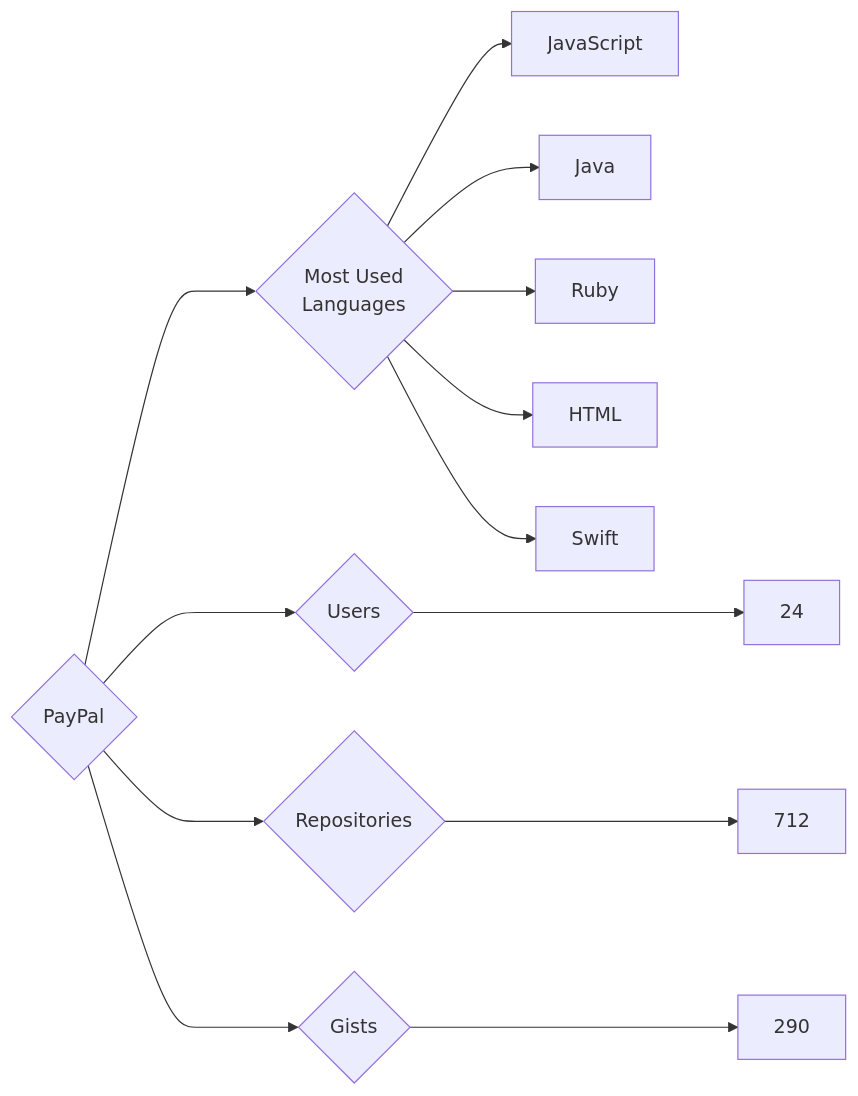
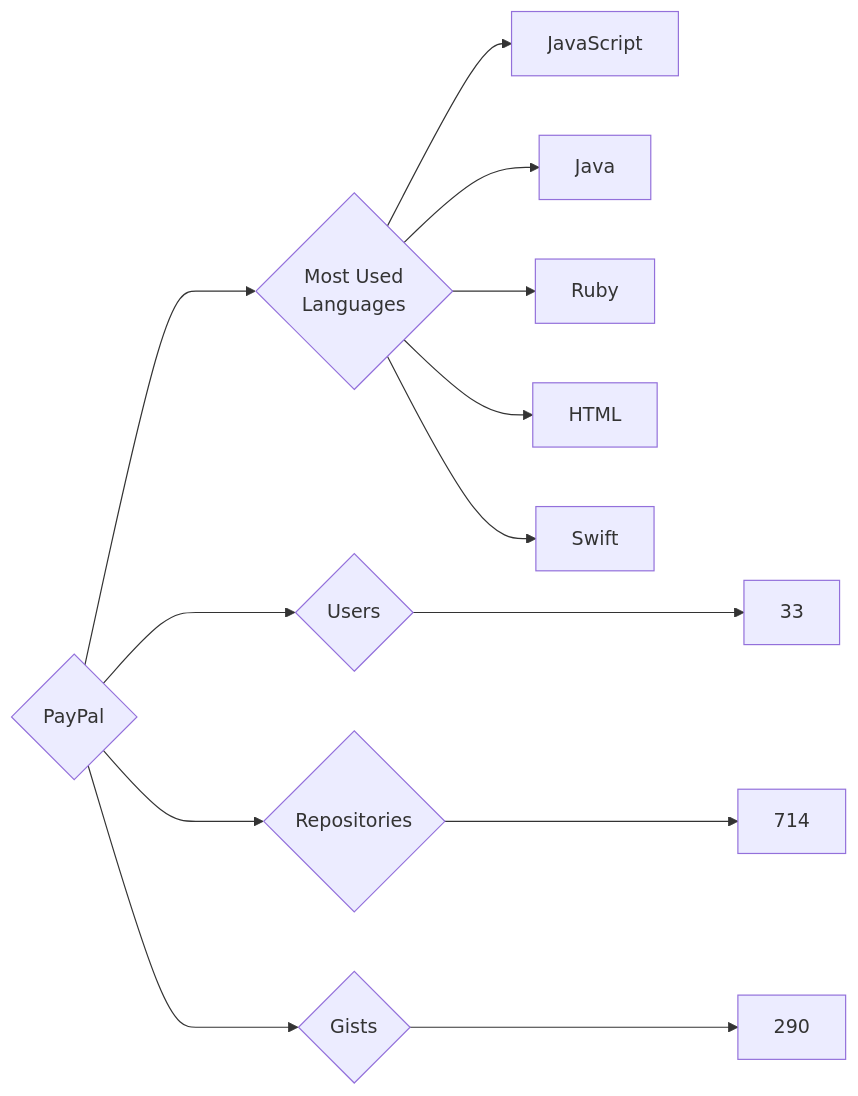
One commit to trickest/insiders changed the diagram in targets/PayPal/README.md. Above: the diagram before and after it, drawn with Mermaid. The commit also changed 770 other files, not shown here.

````diff
--- a/targets/PayPal/README.md
+++ b/targets/PayPal/README.md
@@ -3,13 +3,13 @@
 ```mermaid
 graph LR
 COMPANY_NAME{PayPal}
-COMPANY_NAME ---> U{Users} ---> UN[24]
-COMPANY_NAME ---> R{Repositories} ---> RN[712]
+COMPANY_NAME ---> U{Users} ---> UN[33]
+COMPANY_NAME ---> R{Repositories} ---> RN[714]
 COMPANY_NAME ---> G{Gists} ---> GN[290]
 COMPANY_NAME ---> ML{Most Used<br>Languages}
 ML --> JavaScript[JavaScript]
 ML --> Java[Java]
 ML --> Ruby[Ruby]
 ML --> HTML[HTML]
 ML --> Swift[Swift]
 ```
````
